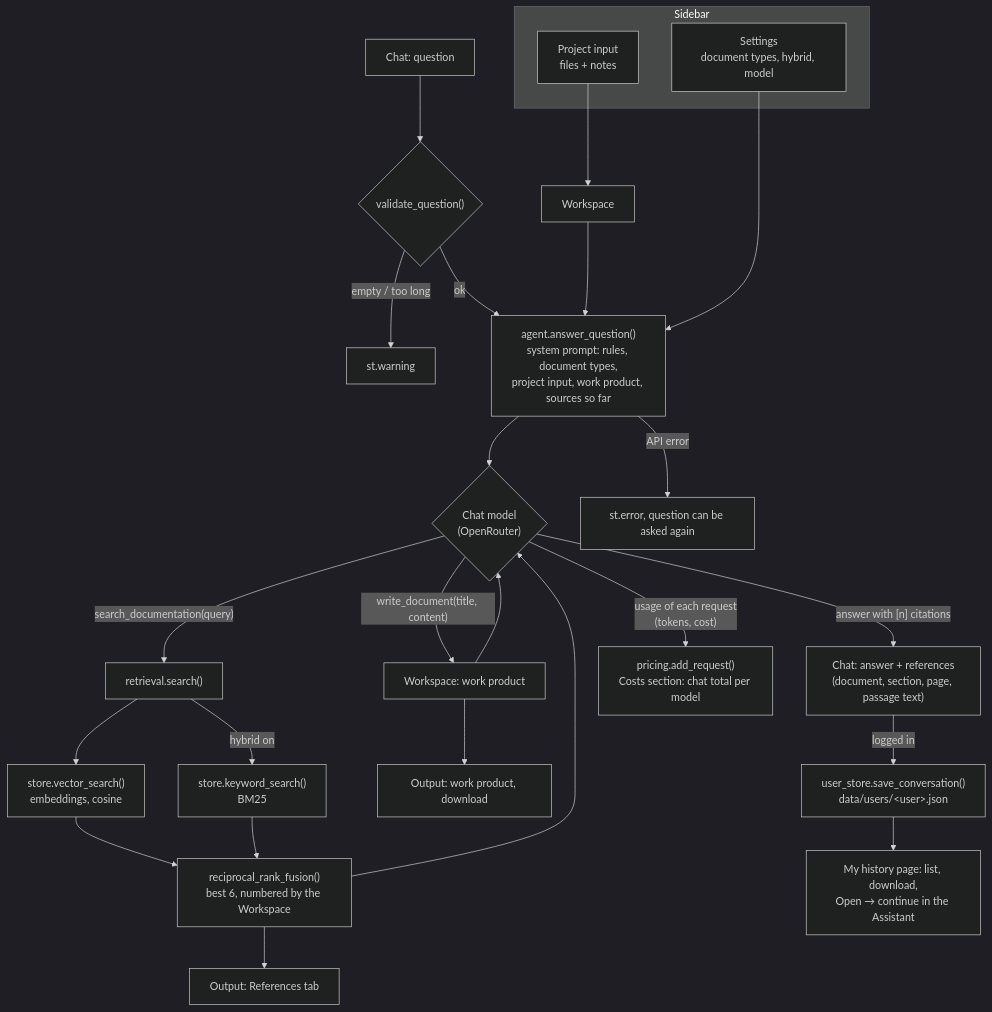
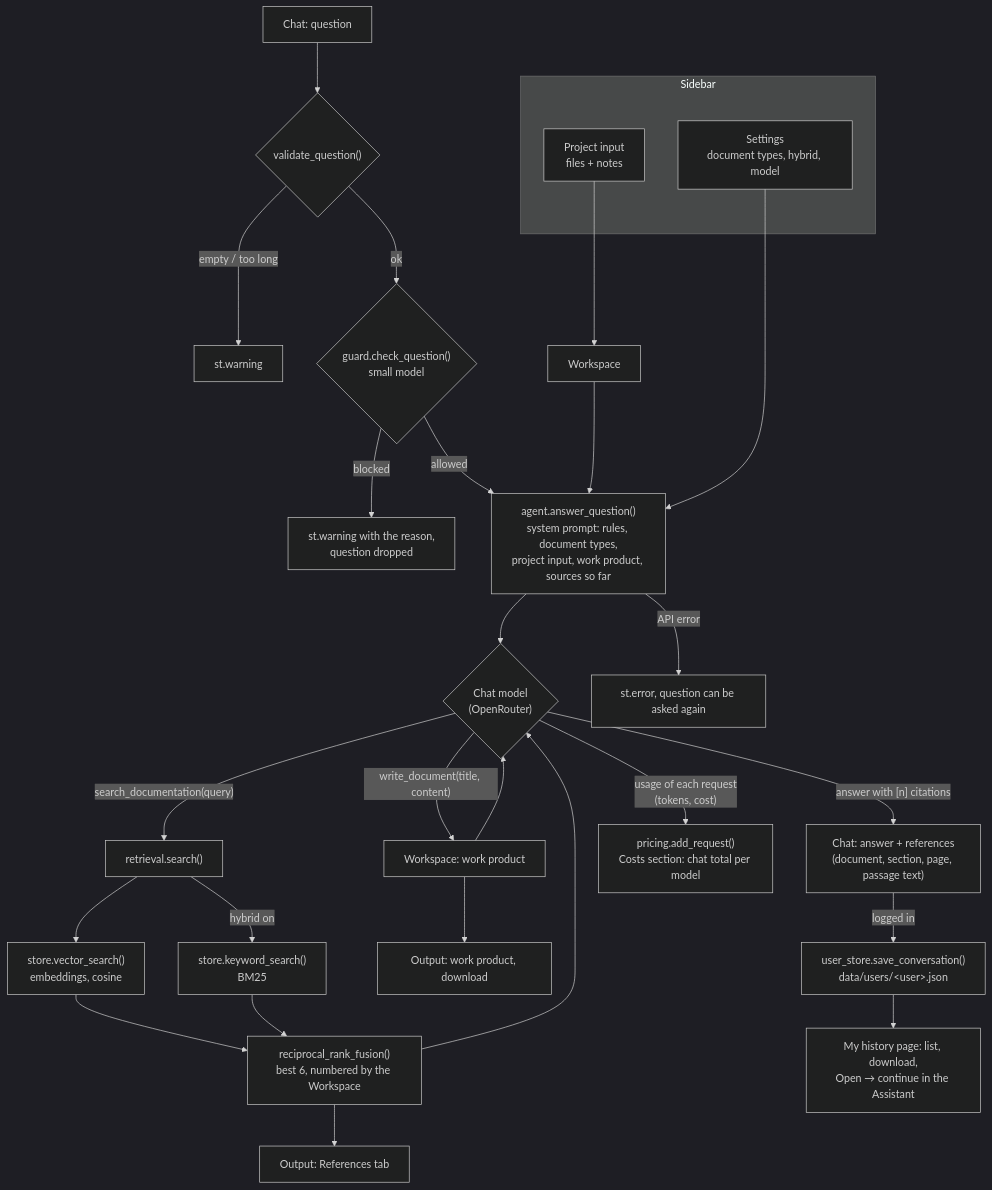
One commit to scanyameres/Mod2_RAG changed the diagram in Architecture.md. Above: the diagram before and after it, drawn with Mermaid (dark theme). The commit also changed other lines of this file and 11 other files, not shown here.

First line of the commit message:
Add prompt-injection guard: a small model checks each question first

````diff
--- a/Architecture.md
+++ b/Architecture.md
@@ -116,29 +121,31 @@
 ```mermaid
 flowchart TD
     subgraph Sidebar
         PI["Project input<br/>files + notes"]
         SE["Settings<br/>document types, hybrid, model"]
     end
     Q["Chat: question"] --> V{"validate_question()"}
     V -- "empty / too long" --> W["st.warning"]
-    V -- ok --> A["agent.answer_question()<br/>system prompt: rules, document types,<br/>project input, work product, sources so far"]
+    V -- ok --> G{"guard.check_question()<br/>small model"}
+    G -- blocked --> GW["st.warning with the reason,<br/>question dropped"]
+    G -- allowed --> A["agent.answer_question()<br/>system prompt: rules, document types,<br/>project input, work product, sources so far"]
     PI --> WS["Workspace"]
     WS --> A
     SE --> A
     A --> M{"Chat model<br/>(OpenRouter)"}
     M -- "search_documentation(query)" --> R["retrieval.search()"]
     R --> VS["store.vector_search()<br/>embeddings, cosine"]
     R -- "hybrid on" --> KS["store.keyword_search()<br/>BM25"]
     VS --> F["reciprocal_rank_fusion()<br/>best 6, numbered by the Workspace"]
     KS --> F
     F --> M
     M -- "write_document(title, content)" --> D["Workspace: work product"]
     D --> M
     M -- "answer with [n] citations" --> C["Chat: answer + references<br/>(document, section, page, passage text)"]
     D --> O["Output: work product, download"]
     F --> O2["Output: References tab"]
     A -- "API error" --> E["st.error, question can be asked again"]
     M -- "usage of each request<br/>(tokens, cost)" --> P["pricing.add_request()<br/>Costs section: chat total per model"]
     C -- "logged in" --> H["user_store.save_conversation()<br/>data/users/&lt;user&gt;.json"]
     H --> MH["My history page: list, download,<br/>Open → continue in the Assistant"]
 ```
````
